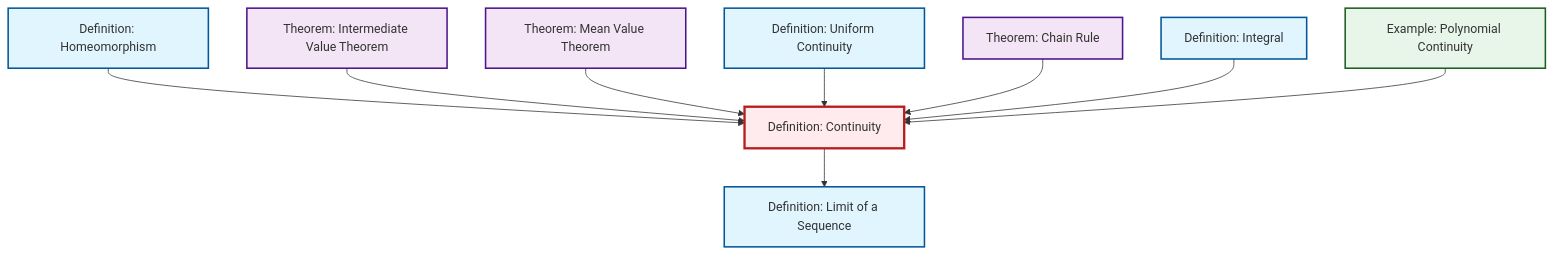
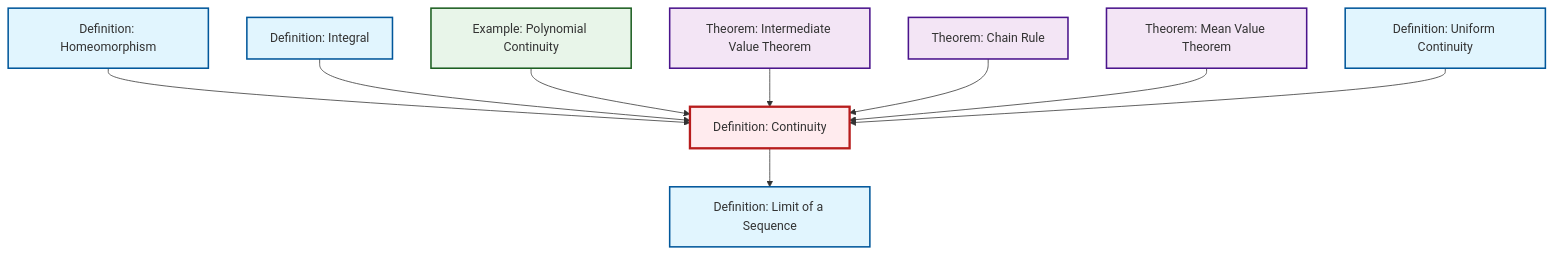
Before and after one commit to RK0429/ModernMath: the diagram in content/en/analysis/def-continuity.qmd, drawn with Mermaid. The commit also changed other lines of this file and 360 other files, not shown here.

````diff
--- a/content/en/analysis/def-continuity.qmd
+++ b/content/en/analysis/def-continuity.qmd
@@ -57,35 +57,35 @@
 ```{mermaid}
 %%| fig-cap: "Local dependency graph"
 graph TD
     classDef definition fill:#e1f5fe,stroke:#01579b,stroke-width:2px
     classDef theorem fill:#f3e5f5,stroke:#4a148c,stroke-width:2px
     classDef axiom fill:#fff3e0,stroke:#e65100,stroke-width:2px
     classDef example fill:#e8f5e9,stroke:#1b5e20,stroke-width:2px
     classDef current fill:#ffebee,stroke:#b71c1c,stroke-width:3px
+    thm-chain-rule["Theorem: Chain Rule"]:::theorem
+    thm-mean-value["Theorem: Mean Value Theorem"]:::theorem
+    ex-polynomial-continuity["Example: Polynomial Continuity"]:::example
+    def-uniform-continuity["Definition: Uniform Continuity"]:::definition
+    def-homeomorphism["Definition: Homeomorphism"]:::definition
     thm-intermediate-value["Theorem: Intermediate Value Theorem"]:::theorem
-    thm-chain-rule["Theorem: Chain Rule"]:::theorem
     def-continuity["Definition: Continuity"]:::definition
     def-limit["Definition: Limit of a Sequence"]:::definition
-    def-uniform-continuity["Definition: Uniform Continuity"]:::definition
-    def-homeomorphism["Definition: Homeomorphism"]:::definition
-    ex-polynomial-continuity["Example: Polynomial Continuity"]:::example
-    thm-mean-value["Theorem: Mean Value Theorem"]:::theorem
     def-integral["Definition: Integral"]:::definition
+    def-homeomorphism --> def-continuity
+    def-integral --> def-continuity
     def-continuity --> def-limit
-    def-homeomorphism --> def-continuity
+    ex-polynomial-continuity --> def-continuity
     thm-intermediate-value --> def-continuity
+    thm-chain-rule --> def-continuity
     thm-mean-value --> def-continuity
     def-uniform-continuity --> def-continuity
-    thm-chain-rule --> def-continuity
-    def-integral --> def-continuity
-    ex-polynomial-continuity --> def-continuity
     class def-continuity current
-    click thm-intermediate-value "thm-intermediate-value.html" "Go to Intermediate Value Theorem theorem"
     click thm-chain-rule "thm-chain-rule.html" "Go to Chain Rule theorem"
-    click def-limit "def-limit.html" "Go to Limit of a Sequence definition"
+    click thm-mean-value "thm-mean-value.html" "Go to Mean Value Theorem theorem"
+    click ex-polynomial-continuity "ex-polynomial-continuity.html" "Go to Polynomial Continuity example"
     click def-uniform-continuity "def-uniform-continuity.html" "Go to Uniform Continuity definition"
     click def-homeomorphism "def-homeomorphism.html" "Go to Homeomorphism definition"
-    click ex-polynomial-continuity "ex-polynomial-continuity.html" "Go to Polynomial Continuity example"
-    click thm-mean-value "thm-mean-value.html" "Go to Mean Value Theorem theorem"
+    click thm-intermediate-value "thm-intermediate-value.html" "Go to Intermediate Value Theorem theorem"
+    click def-limit "def-limit.html" "Go to Limit of a Sequence definition"
     click def-integral "def-integral.html" "Go to Integral definition"
 ```
````
